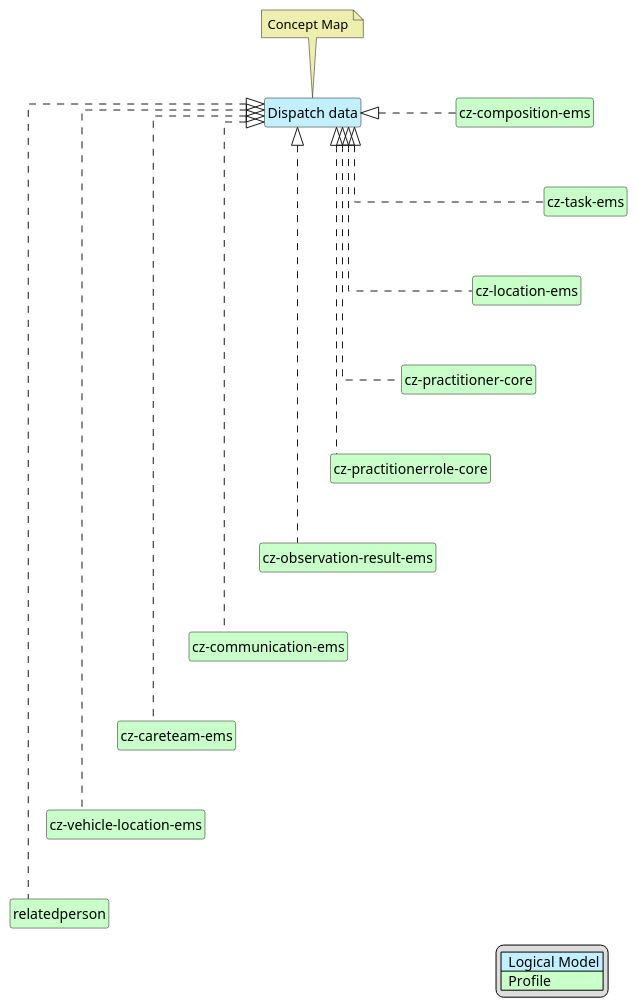
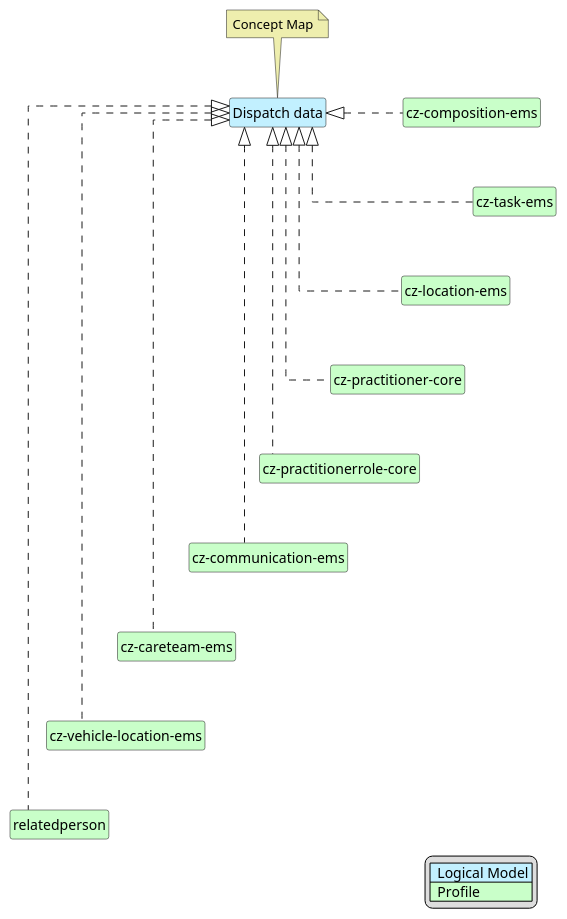
One commit to HL7-cz/cz-ems changed the diagram in input/images-source/emsDispatchData-map.plantuml. Above: the diagram before and after it, drawn with PlantUML. The commit also changed 9 other files, not shown here.

```diff
--- a/input/images-source/emsDispatchData-map.plantuml
+++ b/input/images-source/emsDispatchData-map.plantuml
@@ -1,53 +1,50 @@
 @startuml
 hide circle
 hide stereotype
 hide members
 hide methods
 skinparam linetype ortho
 skinparam class {
 BackgroundColor<<LogicalModel>> #APPLICATION
 BackgroundColor<<Profile>> #TECHNOLOGY
 }
 legend right
 | <#APPLICATION>  Logical Model |
 | <#TECHNOLOGY>  Profile |
 endlegend
 
 class "Dispatch data" <<LogicalModel>> [[StructureDefinition-DispatchDataCz.html]]
 note top #EEEEAE [[ConceptMap-DispatchDataEMS2FHIR-cz.html]]
 Concept Map
 endnote
 
 class "cz-composition-ems" <<Profile>> [[StructureDefinition-cz-composition-ems.html]]
 class "cz-task-ems" <<Profile>> [[StructureDefinition-cz-task-ems.html]]
 class "cz-vehicle-location-ems" <<Profile>> [[StructureDefinition-cz-vehicle-location-ems.html]]
 class "cz-location-ems" <<Profile>> [[StructureDefinition-cz-location-ems.html]]
 class "cz-careteam-ems" <<Profile>> [[StructureDefinition-cz-careteam-ems.html]]
 class "cz-practitioner-core" <<Profile>> [[https://build.fhir.org/ig/HL7-cz/cz-core/StructureDefinition-cz-practitioner-core.html]]
 class "cz-practitionerrole-core" <<Profile>> [[https://build.fhir.org/ig/HL7-cz/cz-core/StructureDefinition-cz-practitionerrole-core.html]]
-class "cz-observation-result-ems" <<Profile>> [[StructureDefinition-cz-observation-result-ems.html]]
 class "cz-communication-ems" <<Profile>> [[StructureDefinition-cz-communication-ems.html]]
 class "relatedperson" <<Profile>> [[https://hl7.org/fhir/R4/relatedperson.html]]
 
 "Dispatch data" <|. "cz-composition-ems"
 "Dispatch data" <|. "cz-task-ems"
 "Dispatch data" <|. "cz-location-ems"
 "Dispatch data" <|. "cz-careteam-ems"
 "Dispatch data" <|. "cz-practitioner-core"
 "Dispatch data" <|. "cz-practitionerrole-core"
-"Dispatch data" <|. "cz-observation-result-ems"
 "Dispatch data" <|. "cz-communication-ems"
 "Dispatch data" <|. "cz-vehicle-location-ems"
 "Dispatch data" <|. "relatedperson"
 
 "cz-composition-ems" -d[hidden]-> "cz-task-ems"
 "cz-task-ems" -d[hidden]-> "cz-location-ems"
 "cz-location-ems" -d[hidden]-> "cz-practitioner-core"
 "cz-practitioner-core" -d[hidden]-> "cz-practitionerrole-core"
-"cz-practitionerrole-core" -d[hidden]-> "cz-observation-result-ems"
-"cz-observation-result-ems" -d[hidden]-> "cz-communication-ems"
+"cz-practitionerrole-core" -d[hidden]-> "cz-communication-ems"
 "cz-communication-ems" -d[hidden]-> "cz-careteam-ems"
 "cz-careteam-ems" -d[hidden]-> "cz-vehicle-location-ems"
 "cz-vehicle-location-ems" -d[hidden]-> "relatedperson"
 
 @enduml
```
